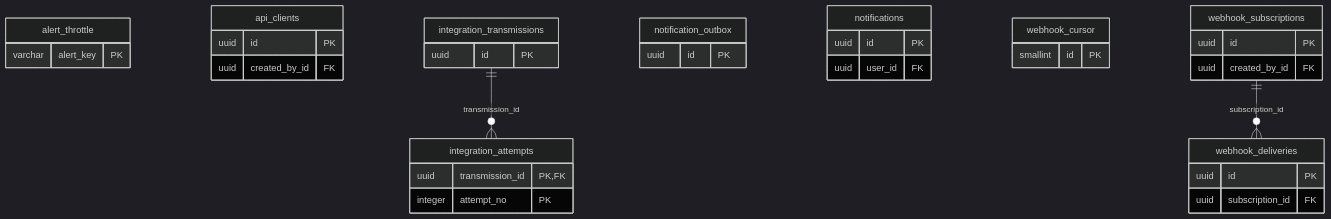
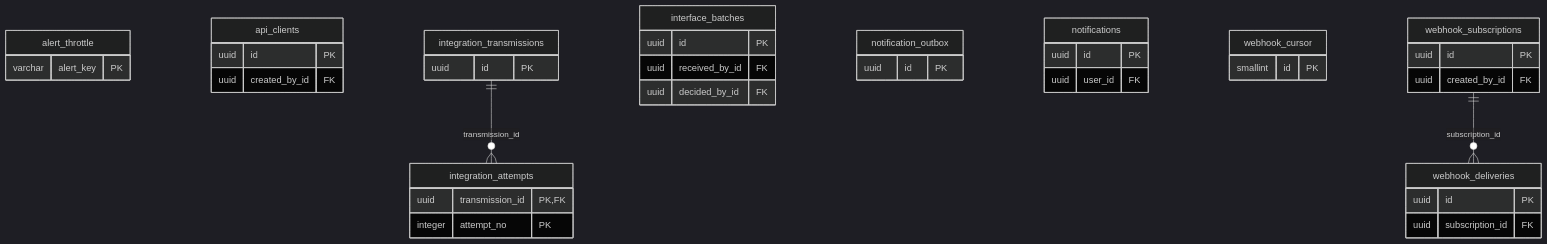
Diagram 12 of 15 in docs/04-data-model.md (Glenn74813/fas-mia), drawn with Mermaid (dark theme) before and after one commit. The commit also changed other lines of this file and 22 other files, not shown here.

````diff
--- a/docs/04-data-model.md
+++ b/docs/04-data-model.md
@@ -839,37 +840,42 @@
 ```mermaid
 erDiagram
     alert_throttle {
         varchar alert_key PK
     }
     api_clients {
         uuid id PK
         uuid created_by_id FK
     }
     integration_attempts {
         uuid transmission_id PK,FK
         integer attempt_no PK
     }
     integration_transmissions {
         uuid id PK
+    }
+    interface_batches {
+        uuid id PK
+        uuid received_by_id FK
+        uuid decided_by_id FK
     }
     notification_outbox {
         uuid id PK
     }
     notifications {
         uuid id PK
         uuid user_id FK
     }
     webhook_cursor {
         smallint id PK
     }
     webhook_deliveries {
         uuid id PK
         uuid subscription_id FK
     }
     webhook_subscriptions {
         uuid id PK
         uuid created_by_id FK
     }
     integration_transmissions ||--o{ integration_attempts : "transmission_id"
     webhook_subscriptions ||--o{ webhook_deliveries : "subscription_id"
 ```
````
